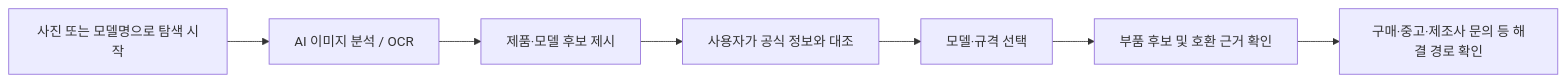
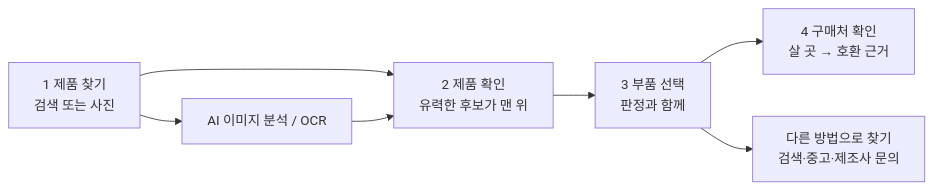
One commit to nxtcloud-edu/2026-kmuct-kt-team07 changed the first of 2 diagrams in README.md. Above: the diagram before and after it, drawn with Mermaid. The commit also changed other lines of this file and 46 other files, not shown here.

````diff
--- a/README.md
+++ b/README.md
@@ -100,9 +102,9 @@
 ```mermaid
 flowchart LR
-    A[사진 또는 모델명으로 탐색 시작] --> B[AI 이미지 분석 / OCR]
-    B --> C[제품·모델 후보 제시]
-    C --> D[사용자가 공식 정보와 대조]
-    D --> E[모델·규격 선택]
-    E --> F[부품 후보 및 호환 근거 확인]
-    F --> G[구매·중고·제조사 문의 등 해결 경로 확인]
+    A[1 제품 찾기<br/>검색 또는 사진] --> B[AI 이미지 분석 / OCR]
+    A --> C
+    B --> C[2 제품 확인<br/>유력한 후보가 맨 위]
+    C --> D[3 부품 선택<br/>판정과 함께]
+    D --> E[4 구매처 확인<br/>살 곳 → 호환 근거]
+    D --> F[다른 방법으로 찾기<br/>검색·중고·제조사 문의]
 ```
````
